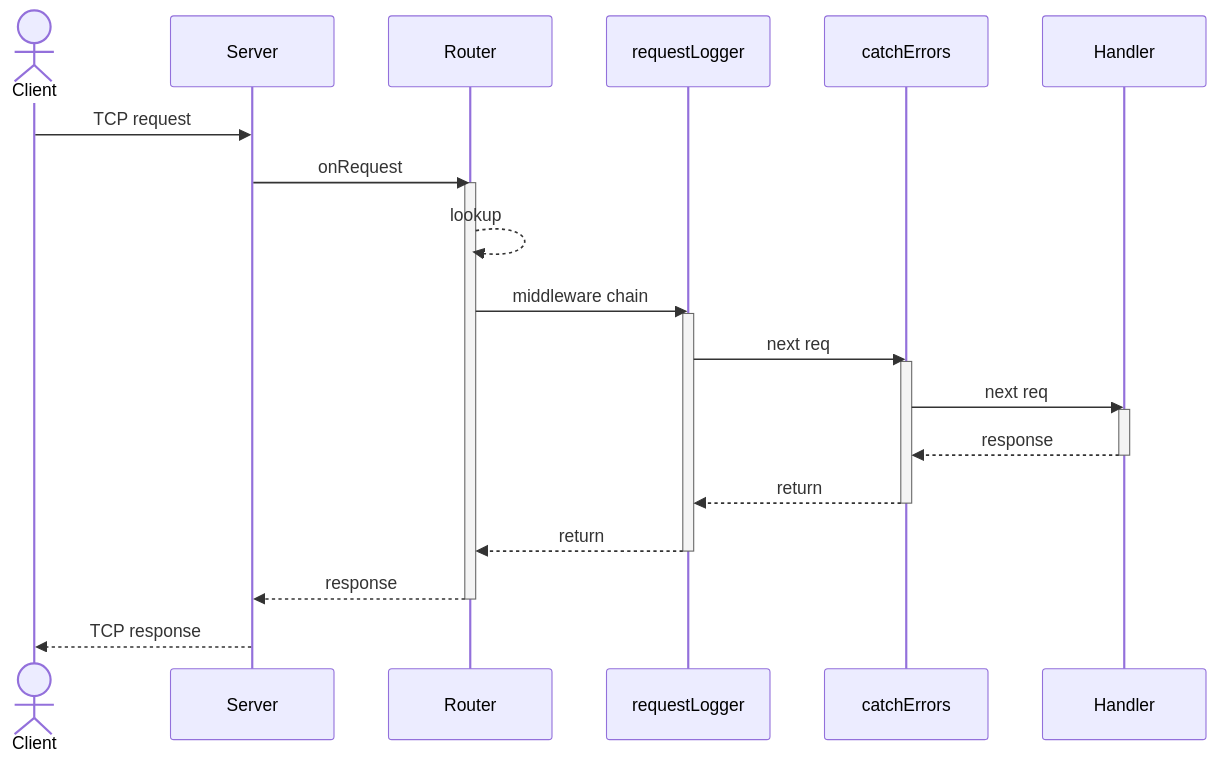
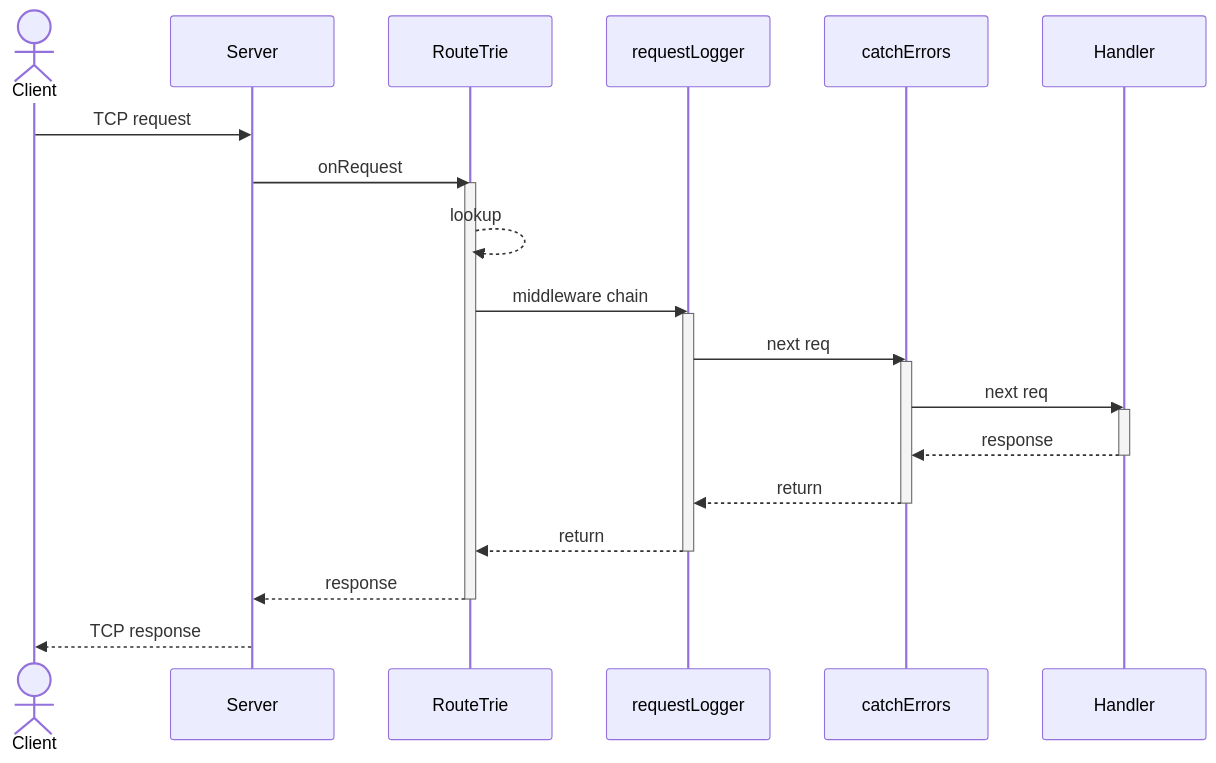
Before and after one commit to ecyrbe/leanio: the first of 3 diagrams in README.md, drawn with Mermaid. The commit also changed other lines of this file and 9 other files, not shown here.

Commit message:
refactor: make Router declarative on compiled into a RouteTrie at serve time

````diff
--- a/README.md
+++ b/README.md
@@ -153,28 +154,28 @@
 ```mermaid
 sequenceDiagram
   actor C as Client
   participant S as Server
-  participant R as Router
+  participant R as RouteTrie
   participant M1 as requestLogger
   participant M2 as catchErrors
   participant H as Handler
   C->>S: TCP request
   S->>R: onRequest
   activate R
   R-->>R: lookup
   R->>M1: middleware chain
   activate M1
   M1->>M2: next req
   activate M2
   M2->>H: next req
   activate H
   H-->>M2: response
   deactivate H
   M2-->>M1: return
   deactivate M2
   M1-->>R: return
   deactivate M1
   R-->>S: response
   deactivate R
   S-->>C: TCP response
 ```
````
